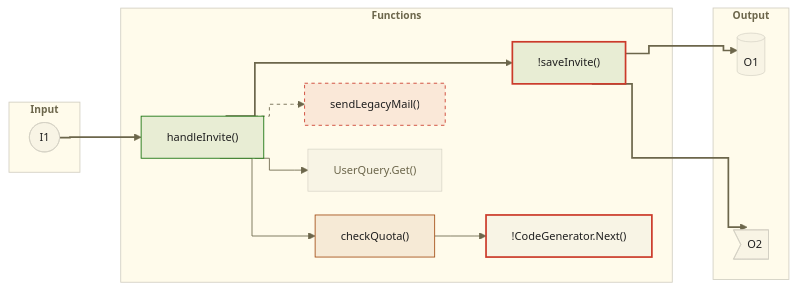
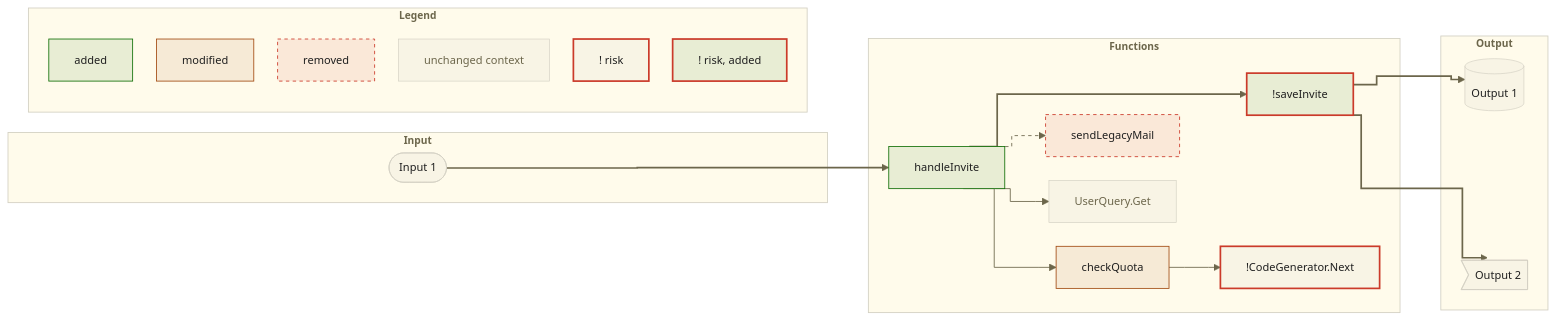
One commit to gagoar/pr-brief changed the sixth of 6 diagrams in README.md. Above: the diagram before and after it, drawn with Mermaid. The commit also changed other lines of this file and 78 other files, not shown here.

````diff
--- a/README.md
+++ b/README.md
@@ -247,41 +291,50 @@
 ```mermaid
 %%{init: {"theme":"base","flowchart":{"curve":"step","nodeSpacing":28,"rankSpacing":48,"diagramPadding":40},"themeVariables":{"darkMode":false,"background":"#fffbeb","fontFamily":"Inter, Helvetica, Arial","fontSize":"13px","dropShadow":"none","primaryColor":"#f8f4e5","primaryTextColor":"#1f1f1f","primaryBorderColor":"#d2cfc2","nodeTextColor":"#1f1f1f","textColor":"#1f1f1f","mainBkg":"#f8f4e5","nodeBorder":"#d2cfc2","lineColor":"#6c664b","clusterBkg":"#fffbeb","clusterBorder":"#d2cfc2","titleColor":"#6c664b","edgeLabelBackground":"#fffbeb"}}}%%
 graph LR
   subgraph IN["Input"]
-    I1(["I1"])
+    I1(["Input 1"])
   end
   subgraph FN["Functions"]
-    F1["handleInvite()"]:::added
-    F2["checkQuota()"]:::modified
-    F3["sendLegacyMail()"]:::removed
-    F4["UserQuery.Get()"]:::context
-    F5["!CodeGenerator.Next()"]:::risk
-    F6["!saveInvite()"]:::riskadded
+    F1["handleInvite"]:::added
+    F2["checkQuota"]:::modified
+    F3["sendLegacyMail"]:::removed
+    F4["UserQuery.Get"]:::context
+    F5["!CodeGenerator.Next"]:::risk
+    F6["!saveInvite"]:::riskadded
   end
   subgraph OUT["Output"]
-    O1[("O1")]
-    O2>"O2"]
+    O1[("Output 1")]
+    O2>"Output 2"]
   end
   I1 ==> F1
   F1 --> F2
   F1 --> F4
   F2 --> F5
   F1 ==> F6
   F1 -.-> F3
   F6 ==> O1
   F6 ==> O2
   F5 ~~~ O1
   F5 ~~~ O2
+  subgraph LEG["Legend"]
+    L1["added"]:::added
+    L2["modified"]:::modified
+    L3["removed"]:::removed
+    L4["unchanged context"]:::context
+    L5["! risk"]:::risk
+    L6["! risk, added"]:::riskadded
+  end
   classDef default fill:#f8f4e5,stroke:#d2cfc2,stroke-width:0.75px,color:#1f1f1f,font-weight:500
   classDef added fill:#e8edd4,stroke:#14710a,stroke-width:1px,color:#1f1f1f,font-weight:500
   classDef modified fill:#f6ead6,stroke:#a34d14,stroke-width:1px,color:#1f1f1f,font-weight:500
   classDef removed fill:#fae8d8,stroke:#cb3a2a,stroke-width:1px,stroke-dasharray:4 4,color:#1f1f1f,font-weight:500
   classDef context fill:#f8f4e5,stroke:#d2cfc2,stroke-width:0.75px,color:#6c664b,font-weight:500
   classDef risk fill:#f8f4e5,stroke:#cb3a2a,stroke-width:2px,color:#1f1f1f,font-weight:500
   classDef riskadded fill:#e8edd4,stroke:#cb3a2a,stroke-width:2px,color:#1f1f1f,font-weight:500
   classDef zone fill:#fffbeb,stroke:#d2cfc2,stroke-width:1px,color:#6c664b,font-weight:600,font-size:12px
   class IN,FN,OUT zone
   linkStyle 1,2,3 stroke:#6c664b,stroke-width:1px
   linkStyle 0,4,6,7 stroke:#6c664b,stroke-width:2px
   linkStyle 5 stroke:#6c664b,stroke-width:1px,stroke-dasharray:4 4
+  class LEG zone
 ```
````
